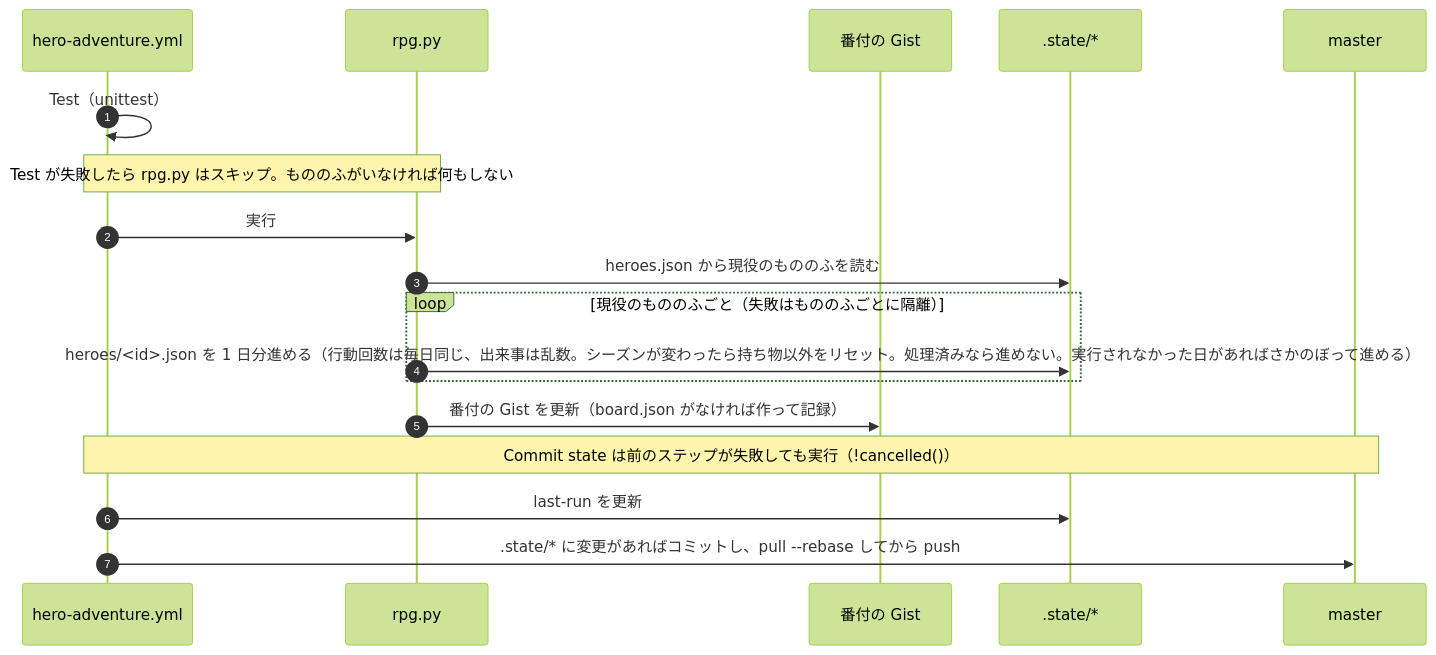
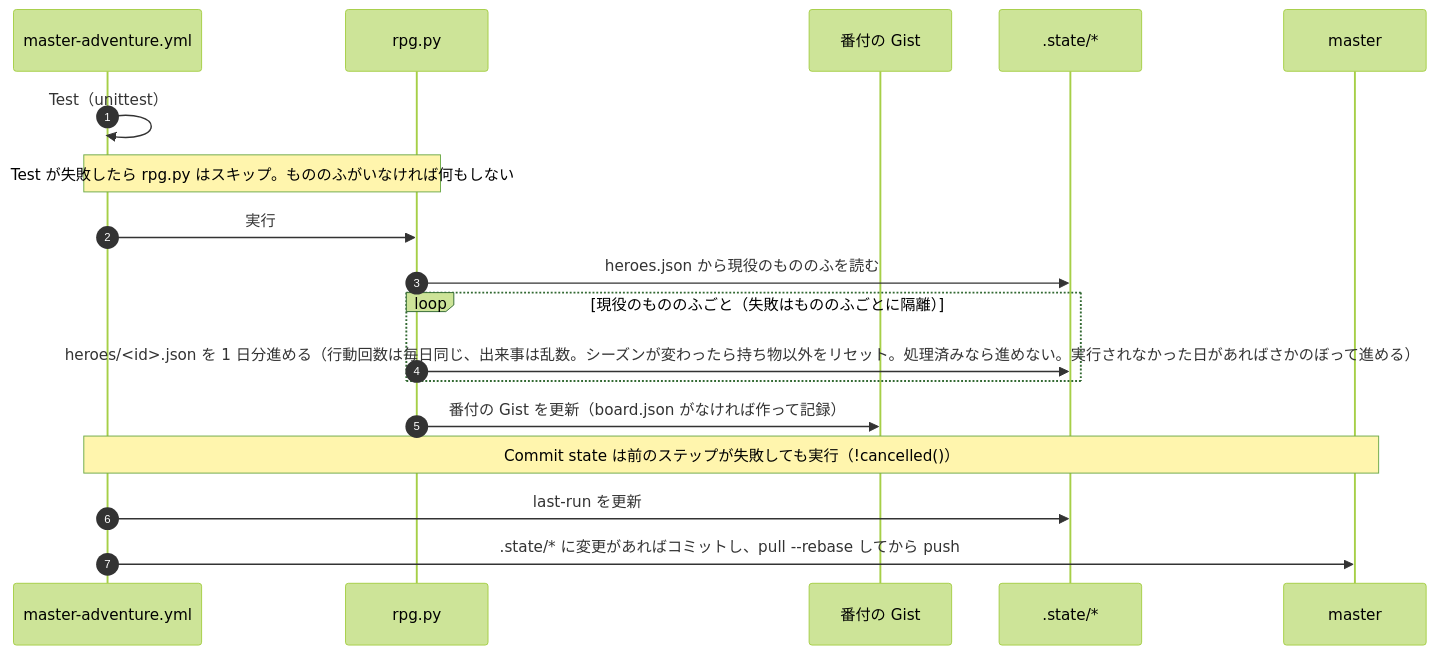
One commit to ot-nemoto/cryepis changed the second of 3 diagrams in docs/DATA_FLOW.md. Above: the diagram before and after it, drawn with Mermaid (forest theme). The commit also changed other lines of this file and 6 other files, not shown here.

````diff
--- a/docs/DATA_FLOW.md
+++ b/docs/DATA_FLOW.md
@@ -72,21 +72,21 @@
 ```mermaid
 sequenceDiagram
     autonumber
-    participant WF as hero-adventure.yml
+    participant WF as master-adventure.yml
     participant RP as rpg.py
     participant G as 番付の Gist
     participant S as .state/*
     participant M as master
 
     WF->>WF: Test（unittest）
     Note over WF,RP: Test が失敗したら rpg.py はスキップ。もののふがいなければ何もしない
     WF->>RP: 実行
     RP->>S: heroes.json から現役のもののふを読む
     loop 現役のもののふごと（失敗はもののふごとに隔離）
         RP->>S: heroes/<id>.json を 1 日分進める（行動回数は毎日同じ、出来事は乱数。シーズンが変わったら持ち物以外をリセット。処理済みなら進めない。実行されなかった日があればさかのぼって進める）
     end
     RP->>G: 番付の Gist を更新（board.json がなければ作って記録）
     Note over WF,M: Commit state は前のステップが失敗しても実行（!cancelled()）
     WF->>S: last-run を更新
     WF->>M: .state/* に変更があればコミットし、pull --rebase してから push
 ```
````
